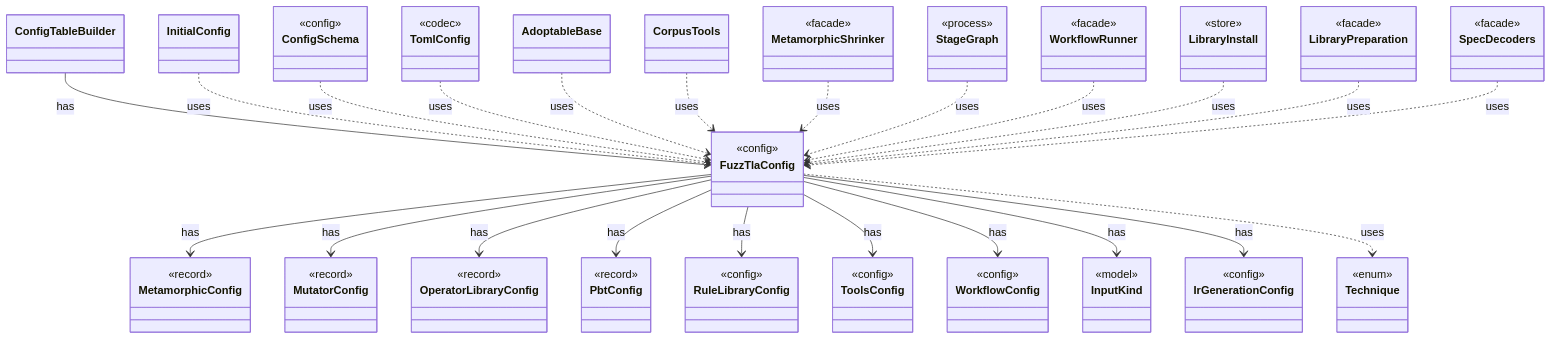
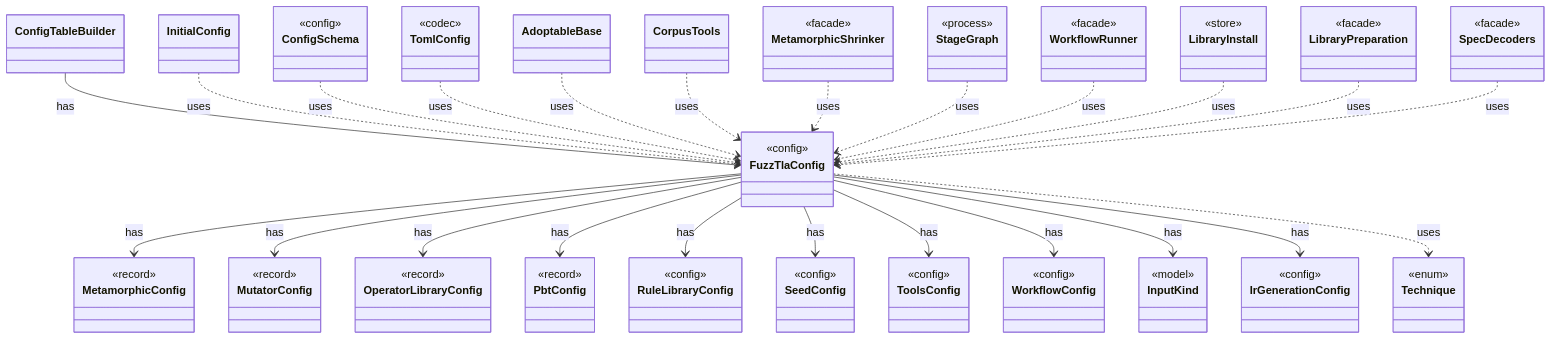
The diagram in dev/types/io.github.tlaplus.hardening.config.FuzzTlaConfig.md (tlaplus/model-checker-hardening), drawn with Mermaid before and after one commit. The commit also changed other lines of this file and 402 other files, not shown here.

```diff
--- a/dev/types/io.github.tlaplus.hardening.config.FuzzTlaConfig.md
+++ b/dev/types/io.github.tlaplus.hardening.config.FuzzTlaConfig.md
@@ -22,6 +22,9 @@
     <<record>>
   }
   class RuleLibraryConfig {
+    <<config>>
+  }
+  class SeedConfig {
     <<config>>
   }
   class ToolsConfig {
@@ -72,6 +75,7 @@
   FuzzTlaConfig --> OperatorLibraryConfig : has
   FuzzTlaConfig --> PbtConfig : has
   FuzzTlaConfig --> RuleLibraryConfig : has
+  FuzzTlaConfig --> SeedConfig : has
   FuzzTlaConfig --> ToolsConfig : has
   FuzzTlaConfig --> WorkflowConfig : has
   FuzzTlaConfig --> InputKind : has
```
